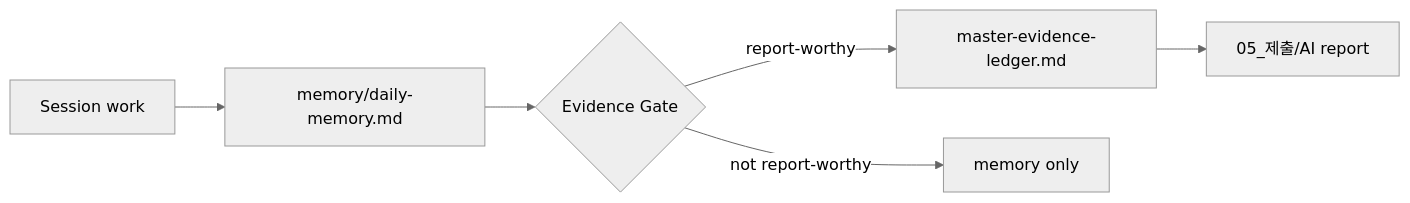
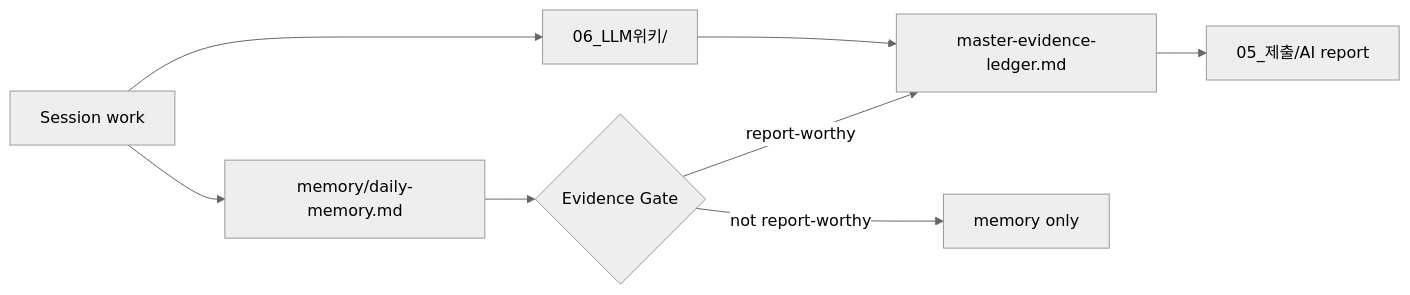
The first of 2 diagrams in .agent/system/maps/workspace-atlas.md (River-181/KEG-Mangsanggwedo), drawn with Mermaid (neutral theme) before and after one commit. The commit also changed other lines of this file and 157 other files, not shown here.

````diff
--- a/.agent/system/maps/workspace-atlas.md
+++ b/.agent/system/maps/workspace-atlas.md
@@ -83,8 +95,10 @@
 ```mermaid
 flowchart LR
     Work["Session work"] --> Memory["memory/daily-memory.md"]
     Memory --> Gate{"Evidence Gate"}
     Gate -->|"report-worthy"| Core["master-evidence-ledger.md"]
     Gate -->|"not report-worthy"| Keep["memory only"]
+    Work --> Wiki["06_LLM위키/"]
+    Wiki --> Core
     Core --> Report["05_제출/AI report"]
 ```
````
